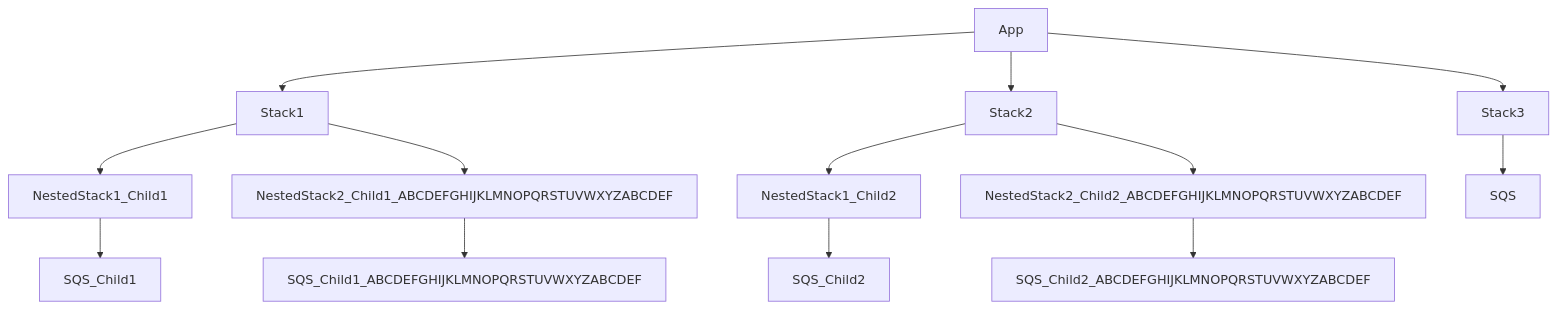
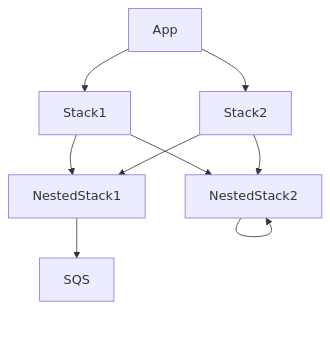
The diagram in README.md (raihalea/nestedstack-memo), drawn with Mermaid before and after one commit.

````diff
--- a/README.md
+++ b/README.md
@@ -4,19 +4,14 @@
 ```mermaid
 graph TD
   A[App] --> B[Stack1]
   A --> C[Stack2]
-  A --> D[Stack3]
 
-  B --> E[NestedStack1_Child1]
-  B --> F[NestedStack2_Child1_ABCDEFGHIJKLMNOPQRSTUVWXYZABCDEF]
+  B --> E[NestedStack1]
+  B --> F[NestedStack2]
 
-  C --> G[NestedStack1_Child2]
-  C --> H[NestedStack2_Child2_ABCDEFGHIJKLMNOPQRSTUVWXYZABCDEF]
+  C --> E
+  C --> F
 
-  D --> I[SQS]
-
-  E --> J[SQS_Child1]
-  F --> K[SQS_Child1_ABCDEFGHIJKLMNOPQRSTUVWXYZABCDEF]
-  G --> L[SQS_Child2]
-  H --> M[SQS_Child2_ABCDEFGHIJKLMNOPQRSTUVWXYZABCDEF]
+  E --> I[SQS]
+  F --> F
   ```
````
